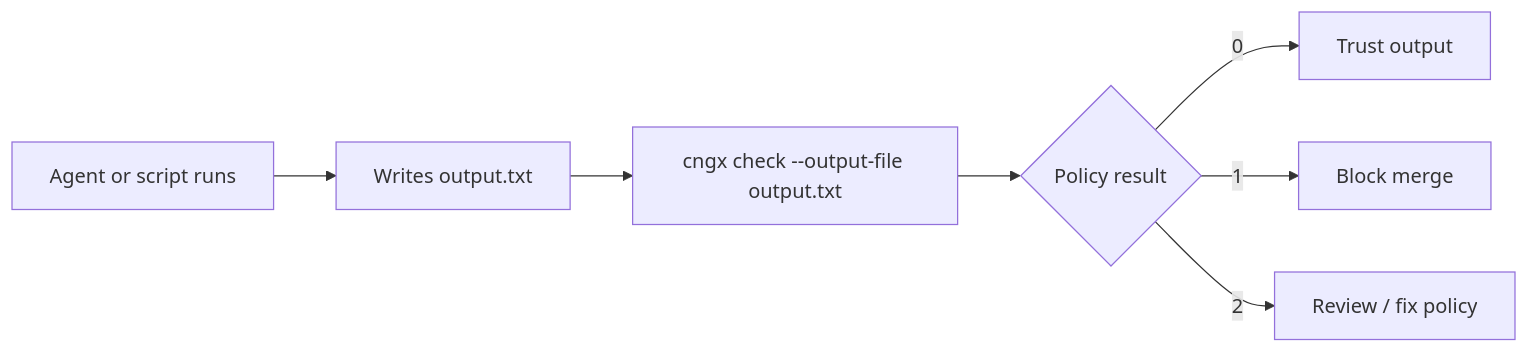
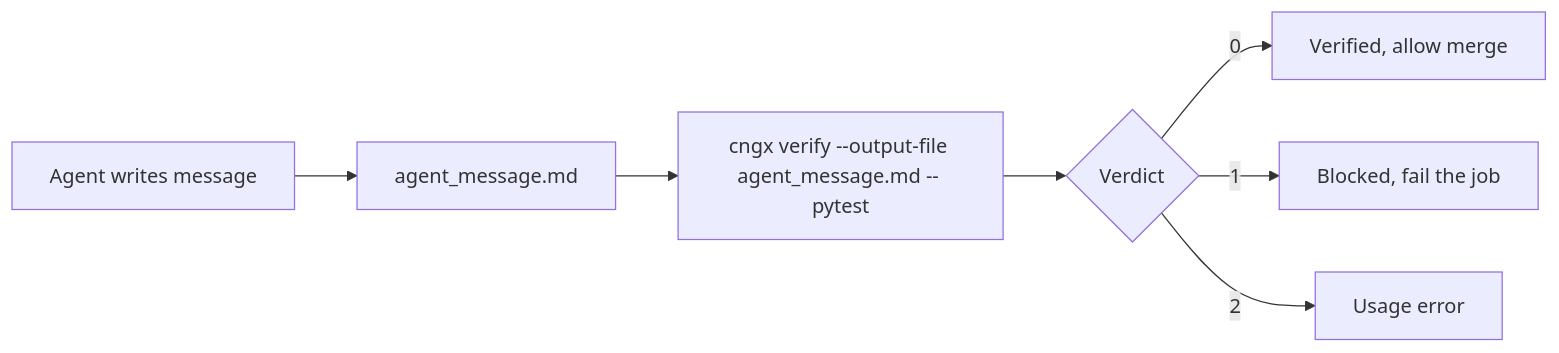
One commit to teammaxout/cngx changed the diagram in docs/guides/gate-coding-agent.md. Above: the diagram before and after it, drawn with Mermaid. The commit also changed other lines of this file and 37 other files, not shown here.

First line of the commit message:
add cngx verify: gate agent claims on real execution (#38)

````diff
--- a/docs/guides/gate-coding-agent.md
+++ b/docs/guides/gate-coding-agent.md
@@ -9,9 +9,9 @@
 ```mermaid
 flowchart LR
-  A[Agent or script runs] --> B[Writes output.txt]
-  B --> C["cngx check --output-file output.txt"]
-  C --> D{Policy result}
-  D -->|0| E[Trust output]
-  D -->|1| F[Block merge]
-  D -->|2| G[Review / fix policy]
+  A[Agent writes message] --> B[agent_message.md]
+  B --> C["cngx verify --output-file agent_message.md -- pytest"]
+  C --> D{Verdict}
+  D -->|0| E[Verified, allow merge]
+  D -->|1| F[Blocked, fail the job]
+  D -->|2| G[Usage error]
 ```
````
